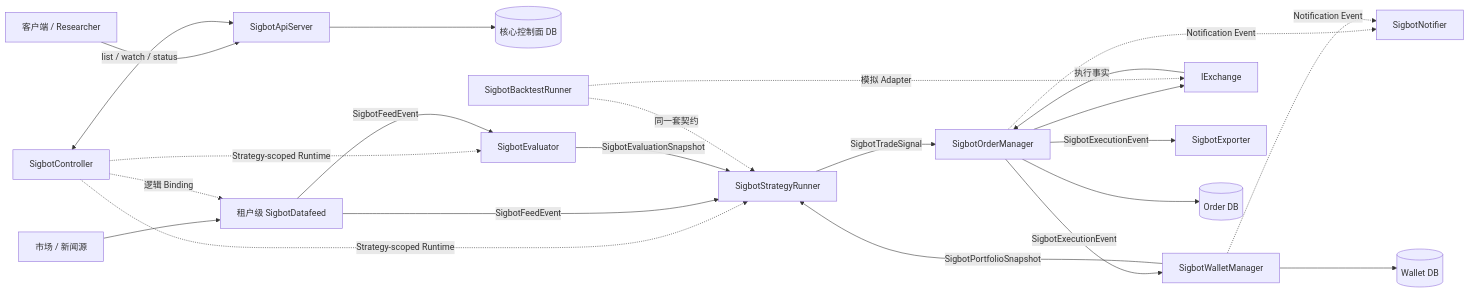
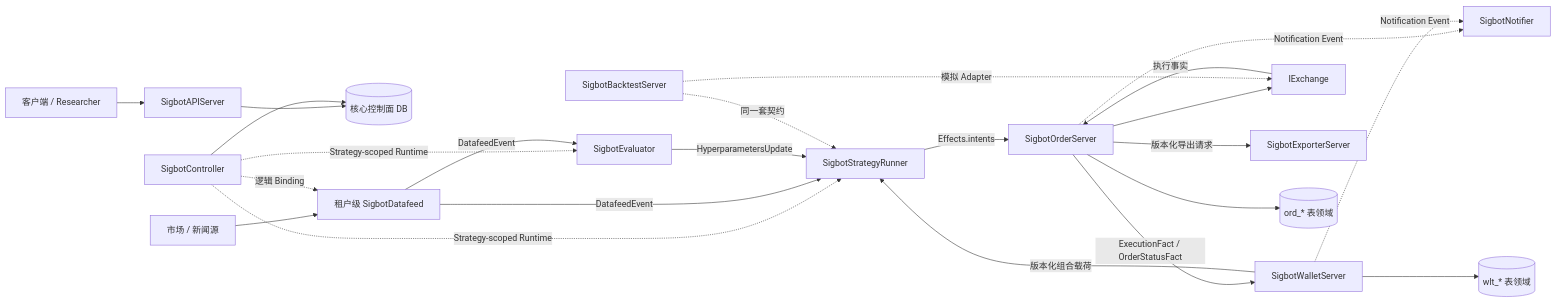
Before and after one commit to sigbot-labs/sigbot-core: the diagram in docs/architecture/overview_ZH.md, drawn with Mermaid. The commit also changed other lines of this file and 40 other files, not shown here.

Commit message:
Align architecture docs with implemented runtime boundaries

````diff
--- a/docs/architecture/overview_ZH.md
+++ b/docs/architecture/overview_ZH.md
@@ -16,29 +17,29 @@
 ```mermaid
 flowchart LR
-    Clients[客户端 / Researcher] --> API[SigbotApiServer]
+    Clients[客户端 / Researcher] --> API[SigbotAPIServer]
     API --> CoreDB[(核心控制面 DB)]
-    Controller[SigbotController] <-->|list / watch / status| API
+    Controller[SigbotController] --> CoreDB
 
     Sources[市场 / 新闻源] --> Datafeed[租户级 SigbotDatafeed]
     Controller -. 逻辑 Binding .-> Datafeed
     Controller -. Strategy-scoped Runtime .-> Evaluator[SigbotEvaluator]
     Controller -. Strategy-scoped Runtime .-> Strategy[SigbotStrategyRunner]
 
-    Datafeed -->|SigbotFeedEvent| Evaluator
-    Datafeed -->|SigbotFeedEvent| Strategy
-    Evaluator -->|SigbotEvaluationSnapshot| Strategy
-    Wallet[SigbotWalletManager] -->|SigbotPortfolioSnapshot| Strategy
-    Strategy -->|SigbotTradeSignal| Order[SigbotOrderManager]
+    Datafeed -->|DatafeedEvent| Evaluator
+    Datafeed -->|DatafeedEvent| Strategy
+    Evaluator -->|HyperparametersUpdate| Strategy
+    Wallet[SigbotWalletServer] -->|版本化组合载荷| Strategy
+    Strategy -->|Effects.intents| Order[SigbotOrderServer]
     Order --> Exchange[IExchange]
     Exchange -->|执行事实| Order
-    Order -->|SigbotExecutionEvent| Wallet
-    Order -->|SigbotExecutionEvent| Exporter[SigbotExporter]
+    Order -->|ExecutionFact / OrderStatusFact| Wallet
+    Order -->|版本化导出请求| Exporter[SigbotExporterServer]
     Order -. Notification Event .-> Notifier[SigbotNotifier]
     Wallet -. Notification Event .-> Notifier
 
-    Order --> OrderDB[(Order DB)]
-    Wallet --> WalletDB[(Wallet DB)]
+    Order --> OrderDB[(ord_* 表领域)]
+    Wallet --> WalletDB[(wlt_* 表领域)]
 
-    Backtest[SigbotBacktestRunner] -. 同一套契约 .-> Strategy
+    Backtest[SigbotBacktestServer] -. 同一套契约 .-> Strategy
     Backtest -. 模拟 Adapter .-> Exchange
 ```
````
